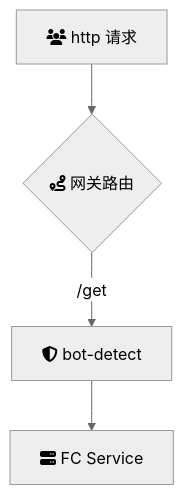
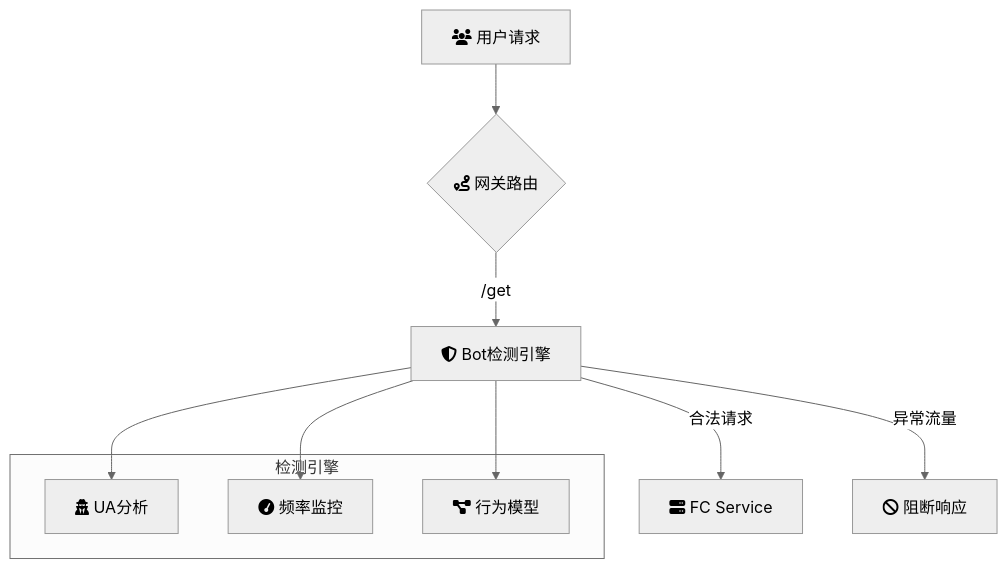
The diagram in bot-detect-plugin/README.md (msa-group/start-apig), drawn with Mermaid (neutral theme) before and after one commit. The commit also changed 8 other files, not shown here.

````diff
--- a/bot-detect-plugin/README.md
+++ b/bot-detect-plugin/README.md
@@ -41,6 +41,19 @@
 ```mermaid
 flowchart TB
-A[fa:fa-users http 请求] --> B{fa:fa-route 网关路由}
-	B -->|/get| P1[fa:fa-shield-alt bot-detect]
-	P1 --> Backend[fa:fa-server FC Service]
+A[fa:fa-users 用户请求] --> B{fa:fa-route 网关路由}
+B -->|/get| C[fa:fa-shield-alt Bot检测引擎]
+C -->|合法请求| D[fa:fa-server FC Service]
+C -->|异常流量| E[fa:fa-ban 阻断响应]
+
+subgraph 检测引擎
+C1[fa:fa-user-secret UA分析]
+C2[fa:fa-tachometer 频率监控]
+C3[fa:fa-project-diagram 行为模型]
+end
+
+C --> C1
+C --> C2
+C --> C3
+
+
 ```
````
